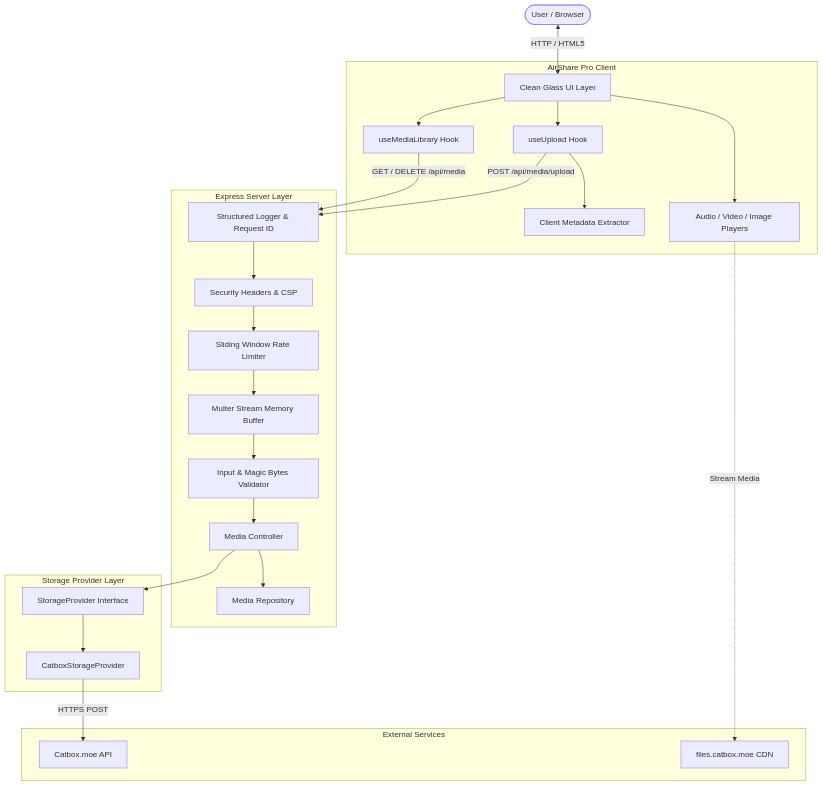
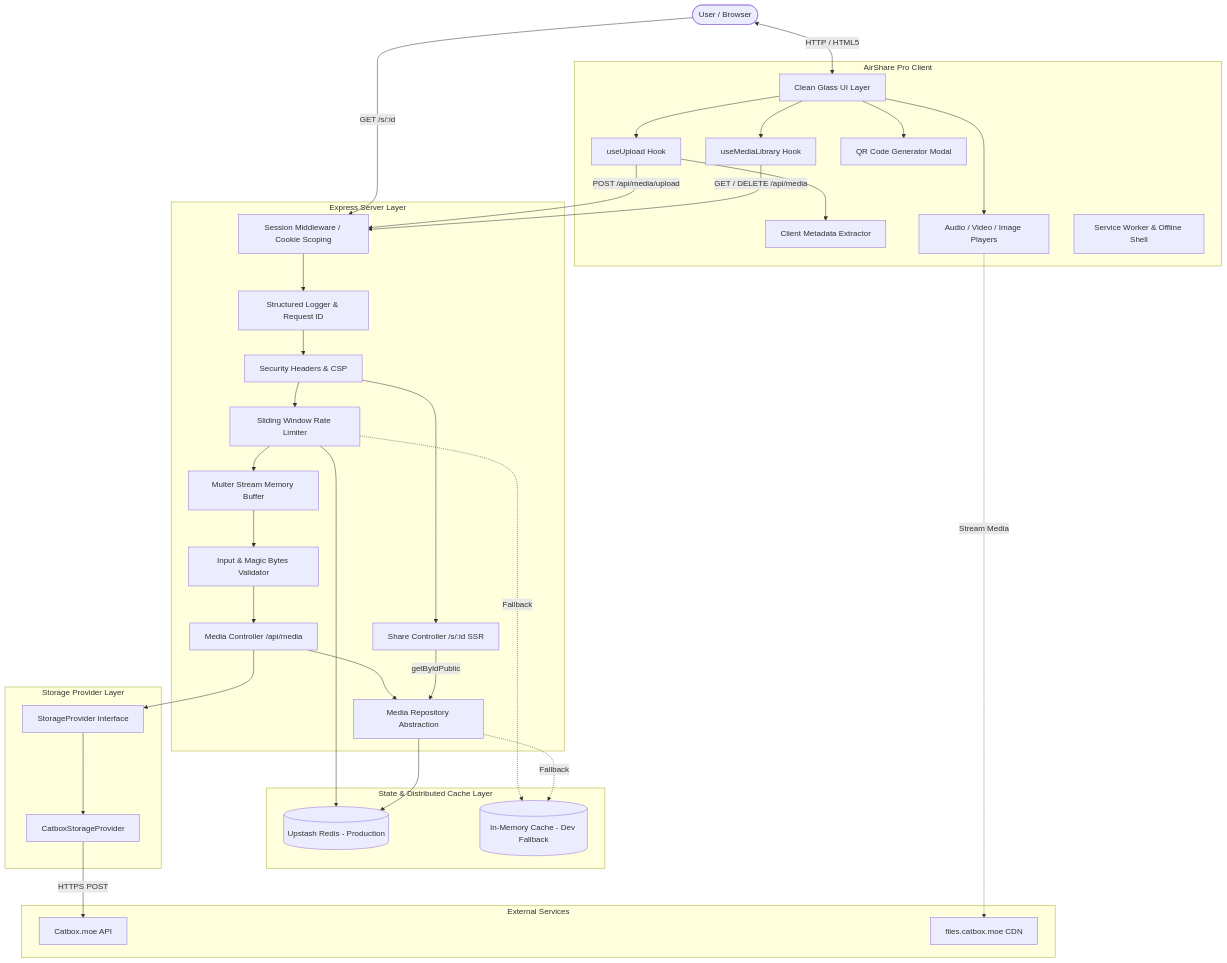
The diagram in docs/architecture.md (AryaXzell/Airshare-Pro-), drawn with Mermaid before and after one commit. The commit also changed other lines of this file and 103 other files, not shown here.

First line of the commit message:
feat: add admin dashboard and session security

````diff
--- a/docs/architecture.md
+++ b/docs/architecture.md
@@ -11,51 +11,71 @@
 ```mermaid
 graph TD
     User([User / Browser])
     
     subgraph Frontend [AirShare Pro Client]
         UI[Clean Glass UI Layer]
         UploadHook[useUpload Hook]
         MediaHook[useMediaLibrary Hook]
         MetadataExtractor[Client Metadata Extractor]
         PlayerComponents[Audio / Video / Image Players]
+        QRModal[QR Code Generator Modal]
+        PWA[Service Worker & Offline Shell]
     end
     
     subgraph Backend [Express Server Layer]
+        SessionMW[Session Middleware / Cookie Scoping]
         Logger[Structured Logger & Request ID]
         SecurityHeaders[Security Headers & CSP]
         RateLimiter[Sliding Window Rate Limiter]
         Multer[Multer Stream Memory Buffer]
         Validator[Input & Magic Bytes Validator]
-        Controller[Media Controller]
-        Repo[Media Repository]
+        MediaController[Media Controller /api/media]
+        ShareController[Share Controller /s/:id SSR]
+        Repo[Media Repository Abstraction]
+    end
+
+    subgraph StateCache [State & Distributed Cache Layer]
+        Redis[(Upstash Redis - Production)]
+        MemoryFallback[(In-Memory Cache - Dev Fallback)]
     end
     
     subgraph Storage [Storage Provider Layer]
         ProviderInterface[StorageProvider Interface]
         CatboxProvider[CatboxStorageProvider]
     end
     
     subgraph External [External Services]
         CatboxAPI[Catbox.moe API]
         CatboxCDN[files.catbox.moe CDN]
     end
     
     User <-->|HTTP / HTML5| UI
     UI --> UploadHook
     UI --> MediaHook
     UI --> PlayerComponents
+    UI --> QRModal
     UploadHook --> MetadataExtractor
-    UploadHook -->|POST /api/media/upload| Logger
-    MediaHook -->|GET / DELETE /api/media| Logger
+    UploadHook -->|POST /api/media/upload| SessionMW
+    MediaHook -->|GET / DELETE /api/media| SessionMW
+    User -->|GET /s/:id| SessionMW
     
+    SessionMW --> Logger
     Logger --> SecurityHeaders
     SecurityHeaders --> RateLimiter
+    RateLimiter --> Redis
+    RateLimiter -.->|Fallback| MemoryFallback
     RateLimiter --> Multer
     Multer --> Validator
-    Validator --> Controller
-    Controller --> Repo
-    Controller --> ProviderInterface
+    Validator --> MediaController
+    SecurityHeaders --> ShareController
+    
+    MediaController --> Repo
+    ShareController -->|getByIdPublic| Repo
+    Repo --> Redis
+    Repo -.->|Fallback| MemoryFallback
+    
+    MediaController --> ProviderInterface
     ProviderInterface --> CatboxProvider
     CatboxProvider -->|HTTPS POST| CatboxAPI
     PlayerComponents -.->|Stream Media| CatboxCDN
 ```
````
